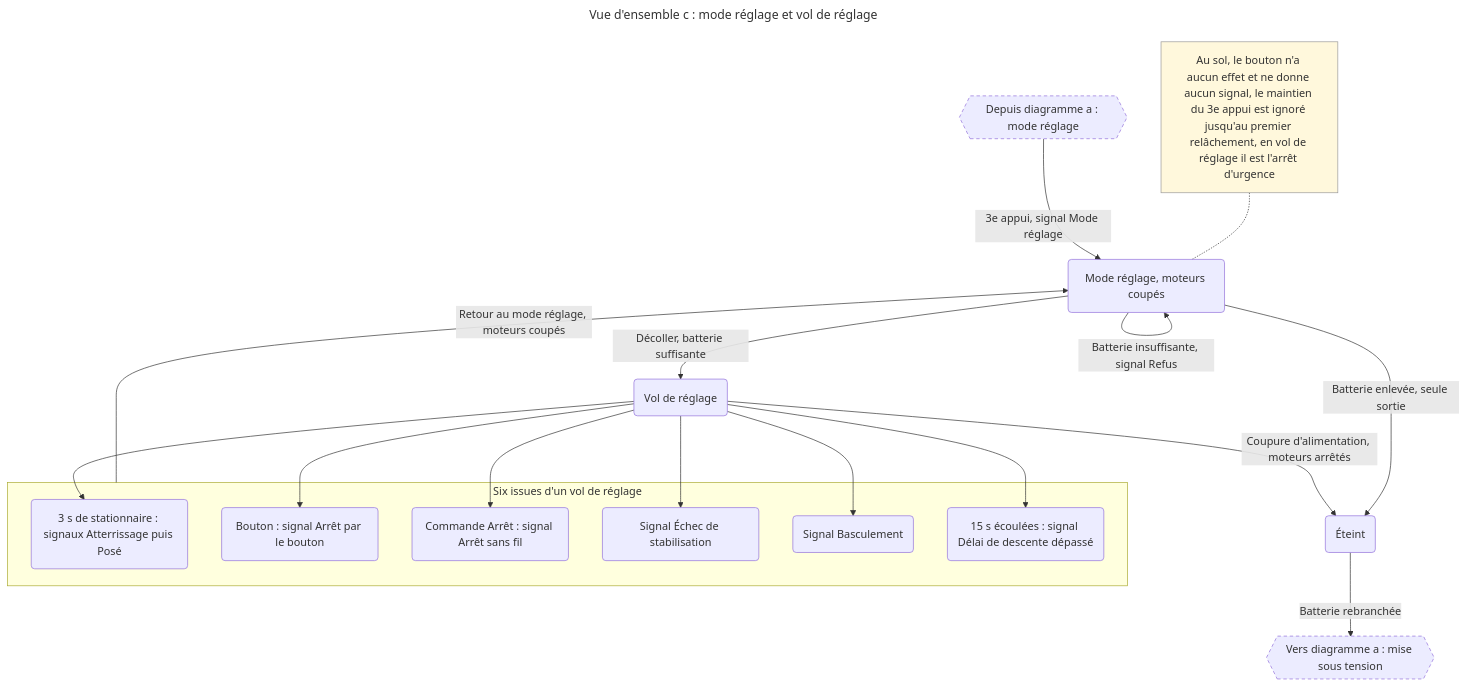
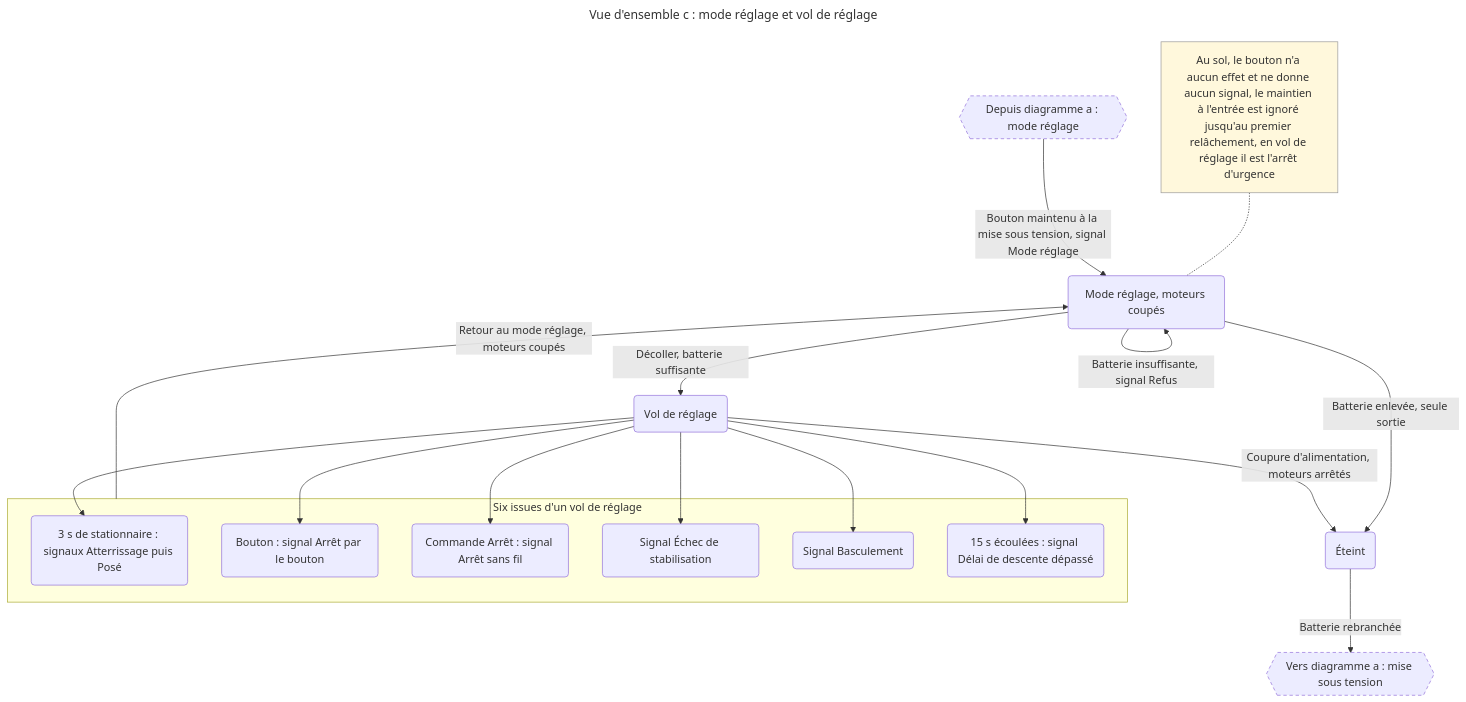
The fourth of 16 diagrams in projets/boomrone/00-scenarios.md (thourymatthieu-png/coworker_archi_system), drawn with Mermaid before and after one commit. The commit also changed other lines of this file and 11 other files, not shown here.

````diff
--- a/projets/boomrone/00-scenarios.md
+++ b/projets/boomrone/00-scenarios.md
@@ -222,38 +233,38 @@
 ```mermaid
 ---
 title: "Vue d'ensemble c : mode réglage et vol de réglage"
 ---
 flowchart TD
     RCA{{"Depuis diagramme a : mode réglage"}}
     Reglage("Mode réglage, moteurs coupés")
     VolReg("Vol de réglage")
     Eteint("Éteint")
     VersA{{"Vers diagramme a : mise sous tension"}}
     subgraph Issues["Six issues d'un vol de réglage"]
         I1("3 s de stationnaire : signaux Atterrissage puis Posé")
         I2("Bouton : signal Arrêt par le bouton")
         I3("Commande Arrêt : signal Arrêt sans fil")
         I4("Signal Échec de stabilisation")
         I5("Signal Basculement")
         I6("15 s écoulées : signal Délai de descente dépassé")
     end
-    NoteBouton["Au sol, le bouton n'a aucun effet et ne donne aucun signal, le maintien du 3e appui est ignoré jusqu'au premier relâchement, en vol de réglage il est l'arrêt d'urgence"]
-    RCA -->|"3e appui, signal Mode réglage"| Reglage
+    NoteBouton["Au sol, le bouton n'a aucun effet et ne donne aucun signal, le maintien à l'entrée est ignoré jusqu'au premier relâchement, en vol de réglage il est l'arrêt d'urgence"]
+    RCA -->|"Bouton maintenu à la mise sous tension, signal Mode réglage"| Reglage
     Reglage -->|"Décoller, batterie suffisante"| VolReg
     Reglage -->|"Batterie insuffisante, signal Refus"| Reglage
     VolReg -->|"Coupure d'alimentation, moteurs arrêtés"| Eteint
     VolReg --> I1
     VolReg --> I2
     VolReg --> I3
     VolReg --> I4
     VolReg --> I5
     VolReg --> I6
     Issues -->|"Retour au mode réglage, moteurs coupés"| Reglage
     Reglage -->|"Batterie enlevée, seule sortie"| Eteint
     Eteint -->|"Batterie rebranchée"| VersA
     NoteBouton -.- Reglage
     classDef renvoi stroke-dasharray: 5 4
     classDef note fill:#fff8dc,stroke:#999
     class RCA,VersA renvoi
     class NoteBouton note
 ```
````
